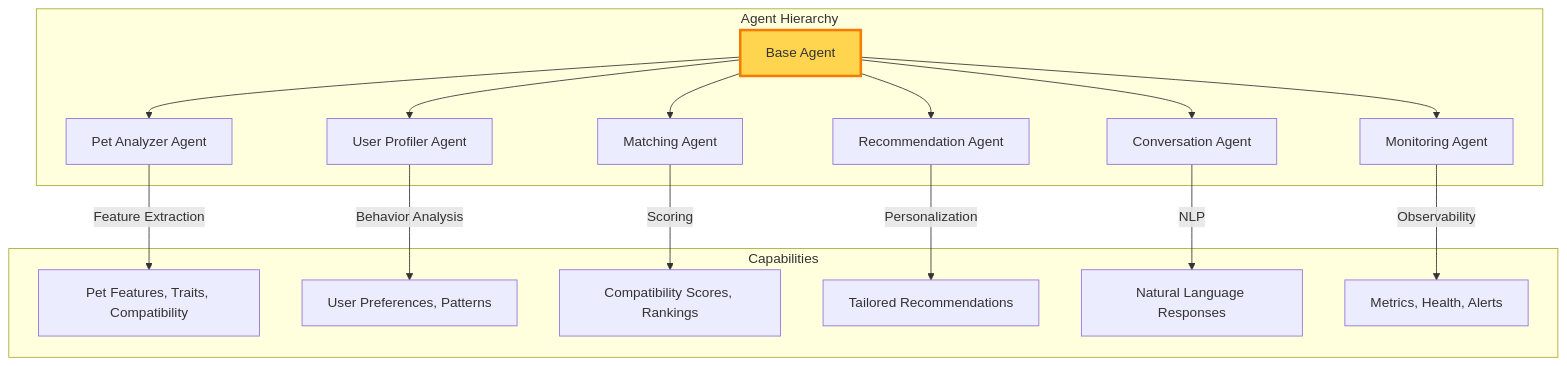
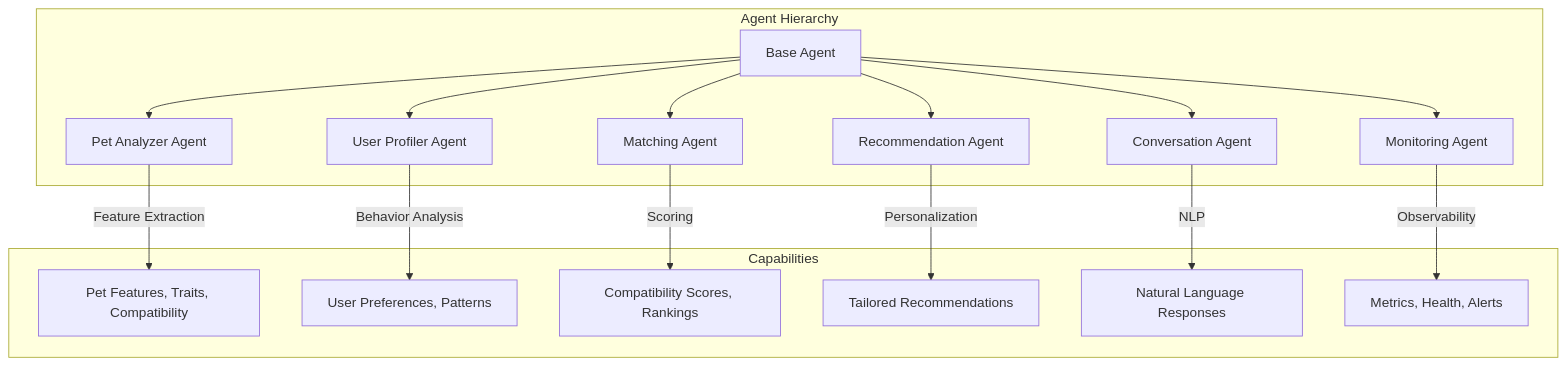
The third of 8 diagrams in agentic_ai/README.md (hoangsonww/PetSwipe-Match-App), drawn with Mermaid before and after one commit. The commit also changed other lines of this file, not shown here.

````diff
--- a/agentic_ai/README.md
+++ b/agentic_ai/README.md
@@ -179,24 +169,22 @@
 ```mermaid
 graph TD
     subgraph "Agent Hierarchy"
         Base[Base Agent]
 
         Base --> Analyzer[Pet Analyzer Agent]
         Base --> Profiler[User Profiler Agent]
         Base --> Matcher[Matching Agent]
         Base --> Recommender[Recommendation Agent]
         Base --> Conversationalist[Conversation Agent]
         Base --> Monitor[Monitoring Agent]
     end
 
     subgraph "Capabilities"
         Analyzer --> |Feature Extraction| AnalyzerCap[Pet Features, Traits, Compatibility]
         Profiler --> |Behavior Analysis| ProfilerCap[User Preferences, Patterns]
         Matcher --> |Scoring| MatcherCap[Compatibility Scores, Rankings]
         Recommender --> |Personalization| RecommenderCap[Tailored Recommendations]
         Conversationalist --> |NLP| ConvCap[Natural Language Responses]
         Monitor --> |Observability| MonitorCap[Metrics, Health, Alerts]
     end
-
-    style Base fill:#ffd54f,stroke:#f57c00,stroke-width:3px
 ```
````
